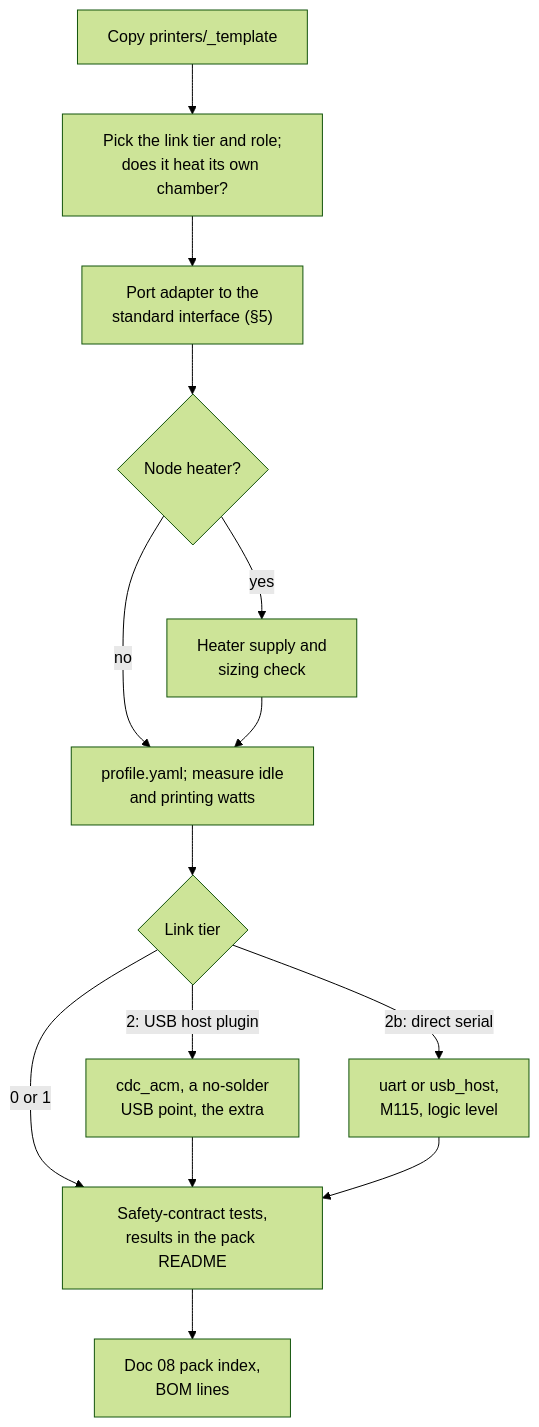
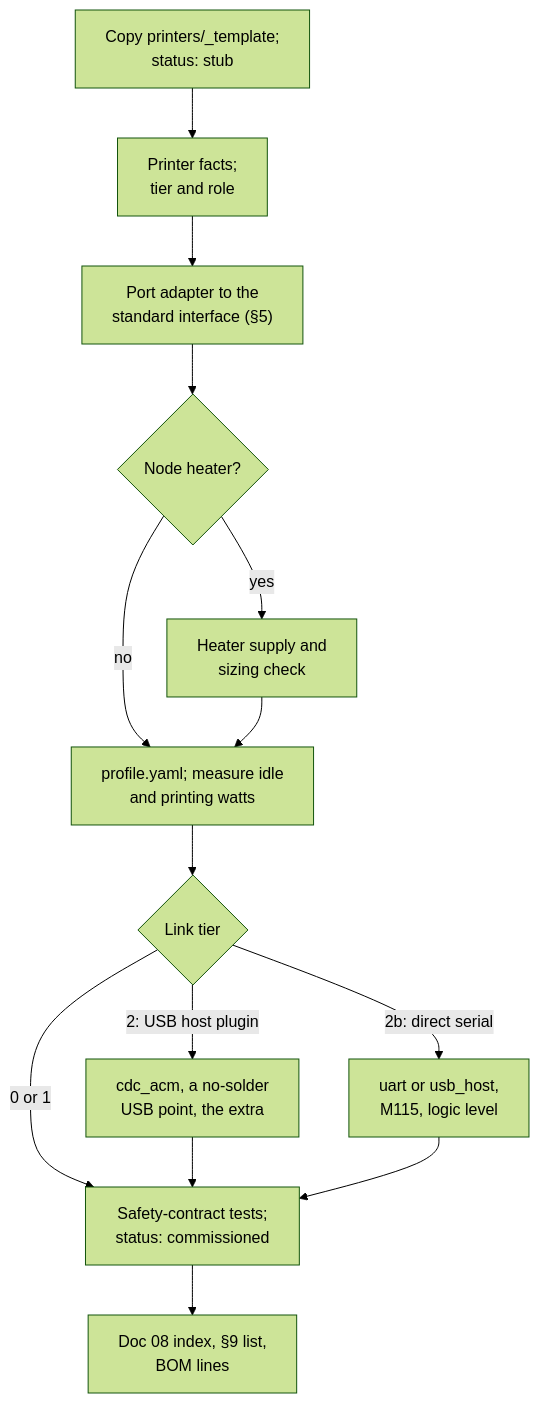
One commit to BashfulBits/3dp-fleet-exhaust changed the fourth of 4 diagrams in docs/12_porting_guide.md. Above: the diagram before and after it, drawn with Mermaid (forest theme). The commit also changed other lines of this file and 40 other files, not shown here.

````diff
--- a/docs/12_porting_guide.md
+++ b/docs/12_porting_guide.md
@@ -160,16 +232,16 @@
 ```mermaid
 flowchart TD
-  A["Copy printers/_template"] --> B["Pick the link tier and role;<br>does it heat its own chamber?"]
+  A["Copy printers/_template;<br>status: stub"] --> B["Printer facts;<br>tier and role"]
   B --> C["Port adapter to the<br>standard interface (§5)"]
   C --> D{"Node heater?"}
   D -->|"yes"| E["Heater supply and<br>sizing check"]
   D -->|"no"| F
   E --> F["profile.yaml; measure idle<br>and printing watts"]
   F --> G{"Link tier"}
   G -->|"2: USB host plugin"| H["cdc_acm, a no-solder<br>USB point, the extra"]
   G -->|"2b: direct serial"| I["uart or usb_host,<br>M115, logic level"]
   G -->|"0 or 1"| J
-  H --> J["Safety-contract tests,<br>results in the pack README"]
+  H --> J["Safety-contract tests;<br>status: commissioned"]
   I --> J
-  J --> K["Doc 08 pack index,<br>BOM lines"]
+  J --> K["Doc 08 index, §9 list,<br>BOM lines"]
 ```
````
